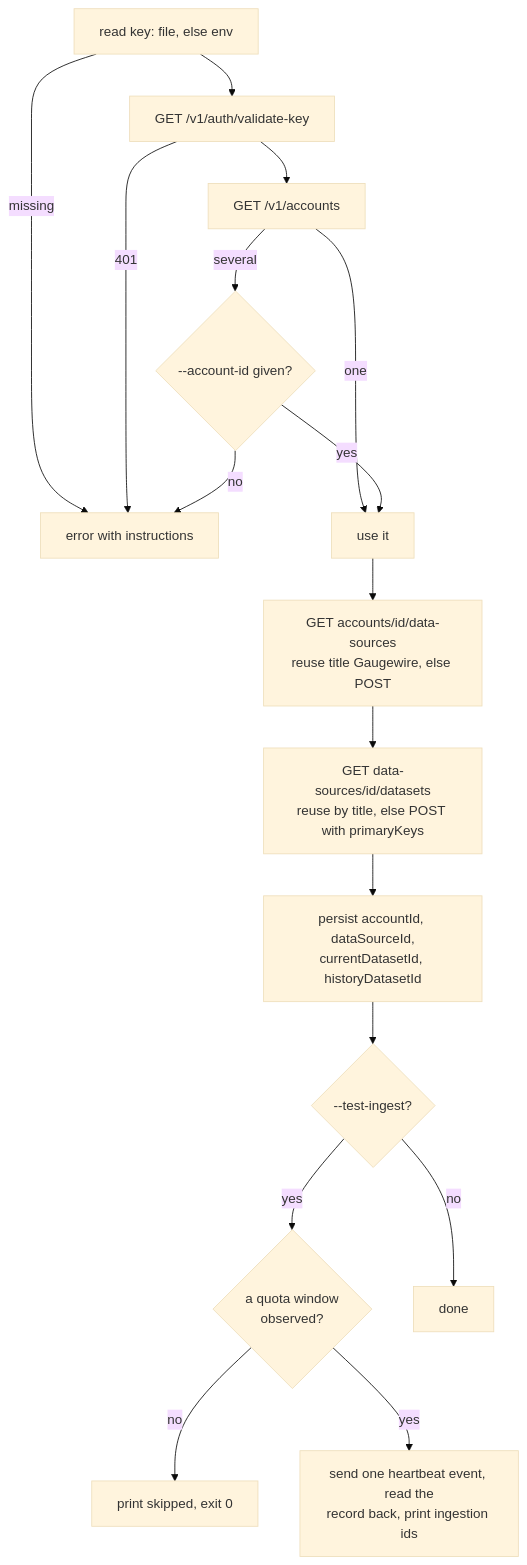
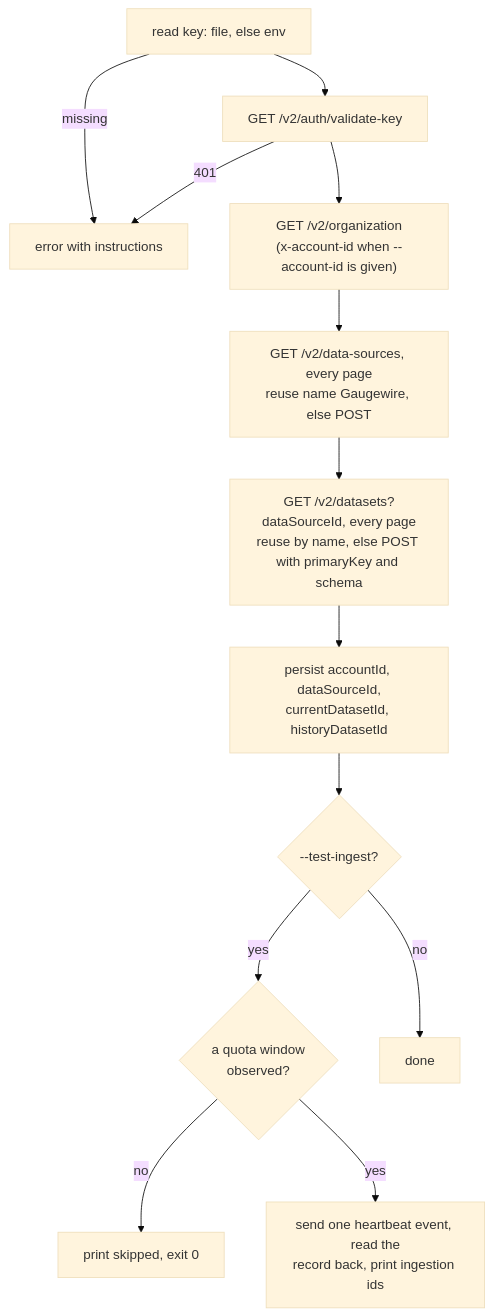
One commit to sulcer/gaugewire changed the second of 2 diagrams in docs/spec/gaugewire/databox-sink.md. Above: the diagram before and after it, drawn with Mermaid (base theme). The commit also changed other lines of this file and 10 other files, not shown here.

````diff
--- a/docs/spec/gaugewire/databox-sink.md
+++ b/docs/spec/gaugewire/databox-sink.md
@@ -167,19 +175,15 @@
 ```mermaid
 flowchart TD
     A[read key: file, else env] -->|missing| E[error with instructions]
-    A --> B[GET /v1/auth/validate-key]
+    A --> B[GET /v2/auth/validate-key]
     B -->|401| E
-    B --> C[GET /v1/accounts]
-    C -->|one| D[use it]
-    C -->|several| F{"--account-id given?"}
-    F -->|no| E
-    F -->|yes| D
-    D --> G[GET accounts/id/data-sources<br/>reuse title Gaugewire, else POST]
-    G --> H[GET data-sources/id/datasets<br/>reuse by title, else POST with primaryKeys]
+    B --> C["GET /v2/organization<br/>(x-account-id when --account-id is given)"]
+    C --> G[GET /v2/data-sources, every page<br/>reuse name Gaugewire, else POST]
+    G --> H[GET /v2/datasets?dataSourceId, every page<br/>reuse by name, else POST with primaryKey and schema]
     H --> I[persist accountId, dataSourceId,<br/>currentDatasetId, historyDatasetId]
     I --> J{"--test-ingest?"}
     J -->|yes| O{"a quota window<br/>observed?"}
     O -->|no| S[print skipped, exit 0]
     O -->|yes| K[send one heartbeat event, read the<br/>record back, print ingestion ids]
     J -->|no| L[done]
 ```
````
